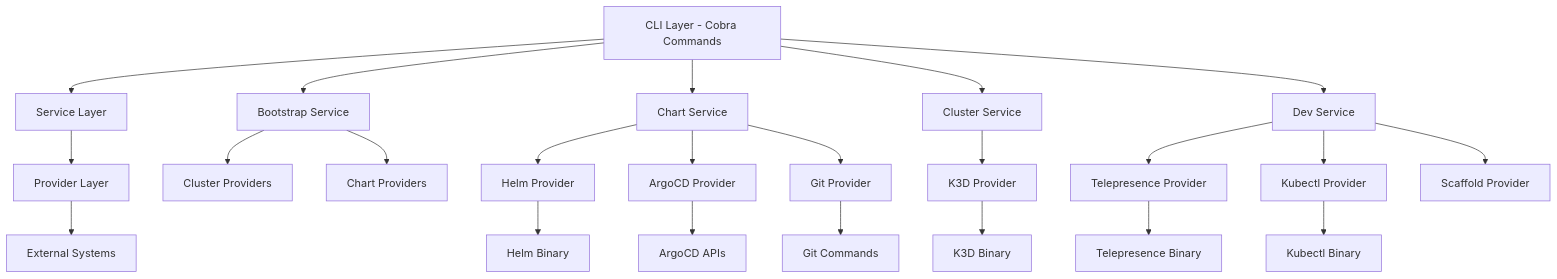
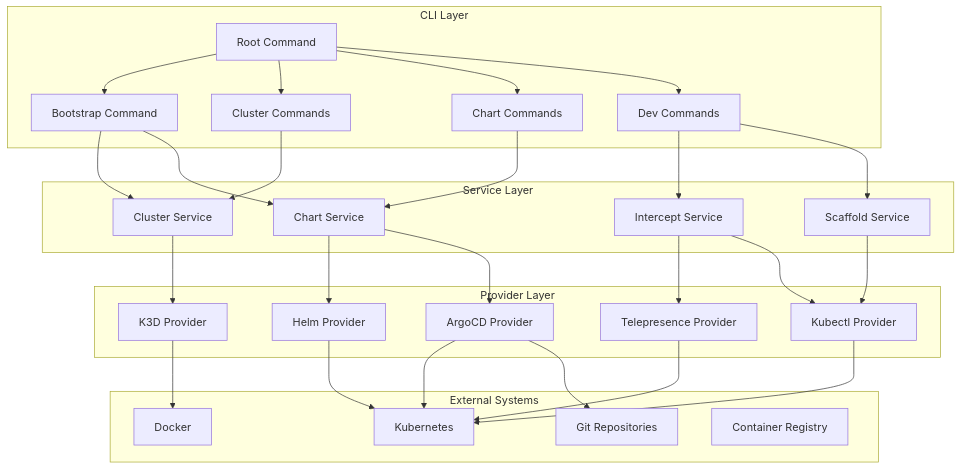
The first of 4 diagrams in docs/architecture/overview.md (Praesto-Pro/openframe-cli), drawn with Mermaid before and after one commit. The commit also changed other lines of this file and 19 other files, not shown here.

````diff
--- a/docs/architecture/overview.md
+++ b/docs/architecture/overview.md
@@ -14,31 +11,58 @@
 ```mermaid
 graph TB
-    CLI[CLI Layer - Cobra Commands] --> Services[Service Layer]
-    Services --> Providers[Provider Layer]
-    Providers --> External[External Systems]
+    subgraph "CLI Layer"
+        Root[Root Command]
+        Bootstrap[Bootstrap Command]
+        Cluster[Cluster Commands]
+        Chart[Chart Commands] 
+        Dev[Dev Commands]
+    end
     
-    CLI --> Bootstrap[Bootstrap Service]
-    CLI --> Chart[Chart Service]
-    CLI --> Cluster[Cluster Service]
-    CLI --> Dev[Dev Service]
+    subgraph "Service Layer"
+        ClusterSvc[Cluster Service]
+        ChartSvc[Chart Service]
+        InterceptSvc[Intercept Service]
+        ScaffoldSvc[Scaffold Service]
+    end
     
-    Bootstrap --> ClusterProviders[Cluster Providers]
-    Bootstrap --> ChartProviders[Chart Providers]
+    subgraph "Provider Layer"
+        K3D[K3D Provider]
+        Helm[Helm Provider]
+        ArgoCD[ArgoCD Provider]
+        Telepresence[Telepresence Provider]
+        Kubectl[Kubectl Provider]
+    end
     
-    Chart --> Helm[Helm Provider]
-    Chart --> ArgoCD[ArgoCD Provider]
-    Chart --> Git[Git Provider]
+    subgraph "External Systems"
+        Docker[Docker]
+        K8s[Kubernetes]
+        Git[Git Repositories]
+        Registry[Container Registry]
+    end
     
-    Cluster --> K3D[K3D Provider]
+    Root --> Bootstrap
+    Root --> Cluster
+    Root --> Chart
+    Root --> Dev
     
-    Dev --> Telepresence[Telepresence Provider]
-    Dev --> Kubectl[Kubectl Provider]
-    Dev --> Scaffold[Scaffold Provider]
+    Bootstrap --> ClusterSvc
+    Bootstrap --> ChartSvc
+    Cluster --> ClusterSvc
+    Chart --> ChartSvc
+    Dev --> InterceptSvc
+    Dev --> ScaffoldSvc
     
-    Helm --> HelmBinary[Helm Binary]
-    ArgoCD --> ArgoCDAPI[ArgoCD APIs]
-    Git --> GitCommands[Git Commands]
-    K3D --> K3DBinary[K3D Binary]
-    Telepresence --> TelepresenceBinary[Telepresence Binary]
-    Kubectl --> KubectlBinary[Kubectl Binary]
+    ClusterSvc --> K3D
+    ChartSvc --> Helm
+    ChartSvc --> ArgoCD
+    InterceptSvc --> Telepresence
+    InterceptSvc --> Kubectl
+    ScaffoldSvc --> Kubectl
+    
+    K3D --> Docker
+    Helm --> K8s
+    ArgoCD --> K8s
+    ArgoCD --> Git
+    Telepresence --> K8s
+    Kubectl --> K8s
 ```
````
